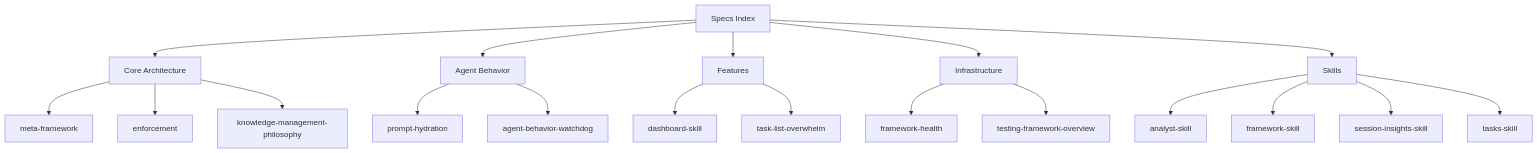
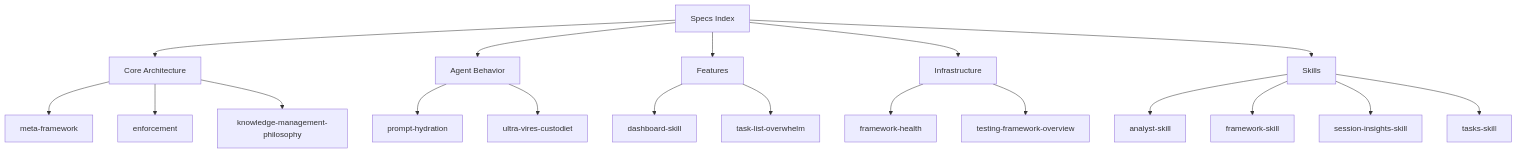
The diagram in specs/specs.md (nicsuzor/academicOps), drawn with Mermaid before and after one commit. The commit also changed other lines of this file and 15 other files, not shown here.

````diff
--- a/specs/specs.md
+++ b/specs/specs.md
@@ -15,26 +15,26 @@
 ```mermaid
 graph TD
     A[Specs Index] --> B[Core Architecture]
     A --> C[Agent Behavior]
     A --> D[Features]
     A --> E[Infrastructure]
     A --> F[Skills]
 
     B --> B1[meta-framework]
     B --> B2[enforcement]
     B --> B3[knowledge-management-philosophy]
 
     C --> C1[prompt-hydration]
-    C --> C2[agent-behavior-watchdog]
+    C --> C2[ultra-vires-custodiet]
 
     D --> D1[dashboard-skill]
     D --> D2[task-list-overwhelm]
 
     E --> E1[framework-health]
     E --> E2[testing-framework-overview]
 
     F --> F1[analyst-skill]
     F --> F2[framework-skill]
     F --> F3[session-insights-skill]
     F --> F4[tasks-skill]
 ```
````
